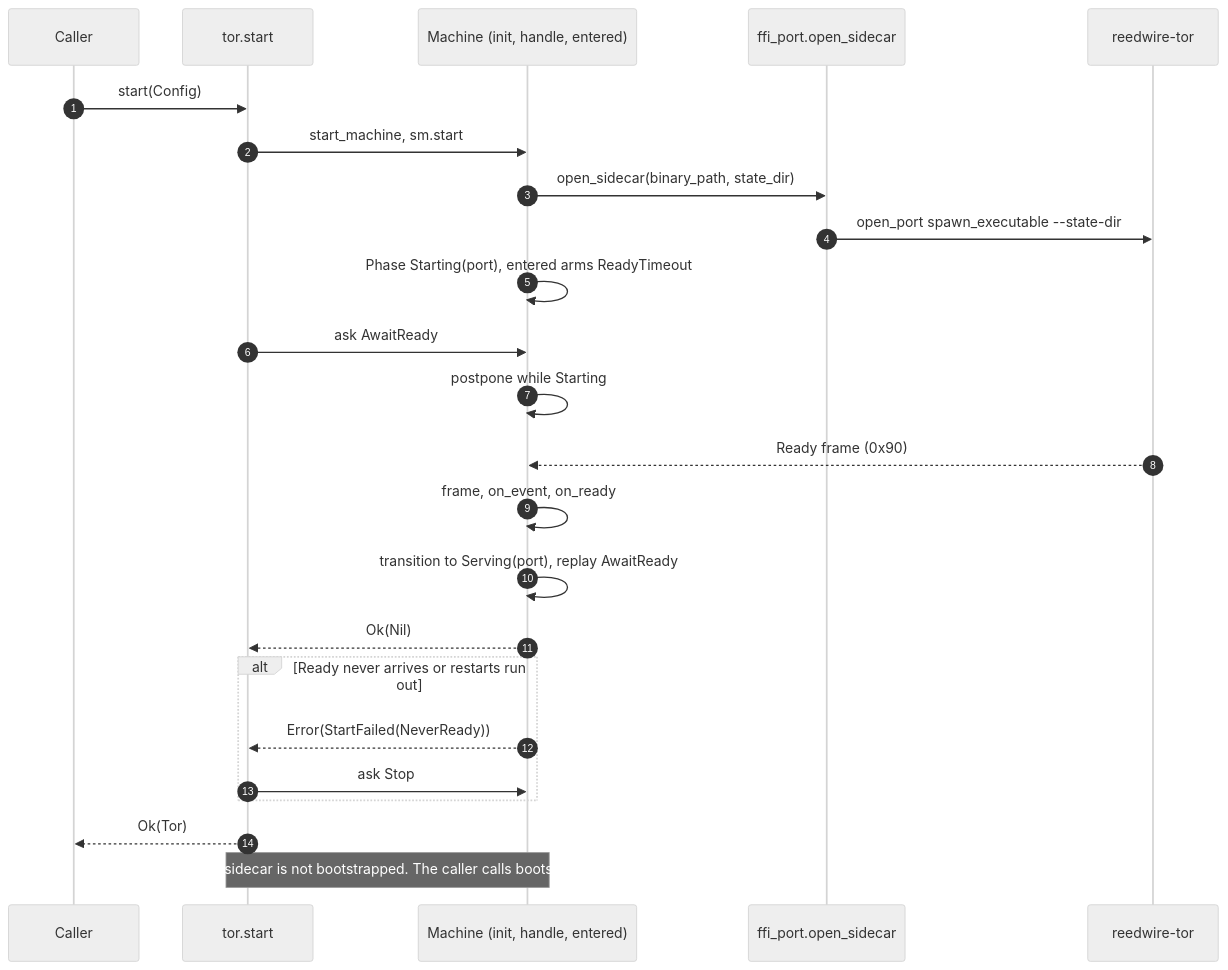
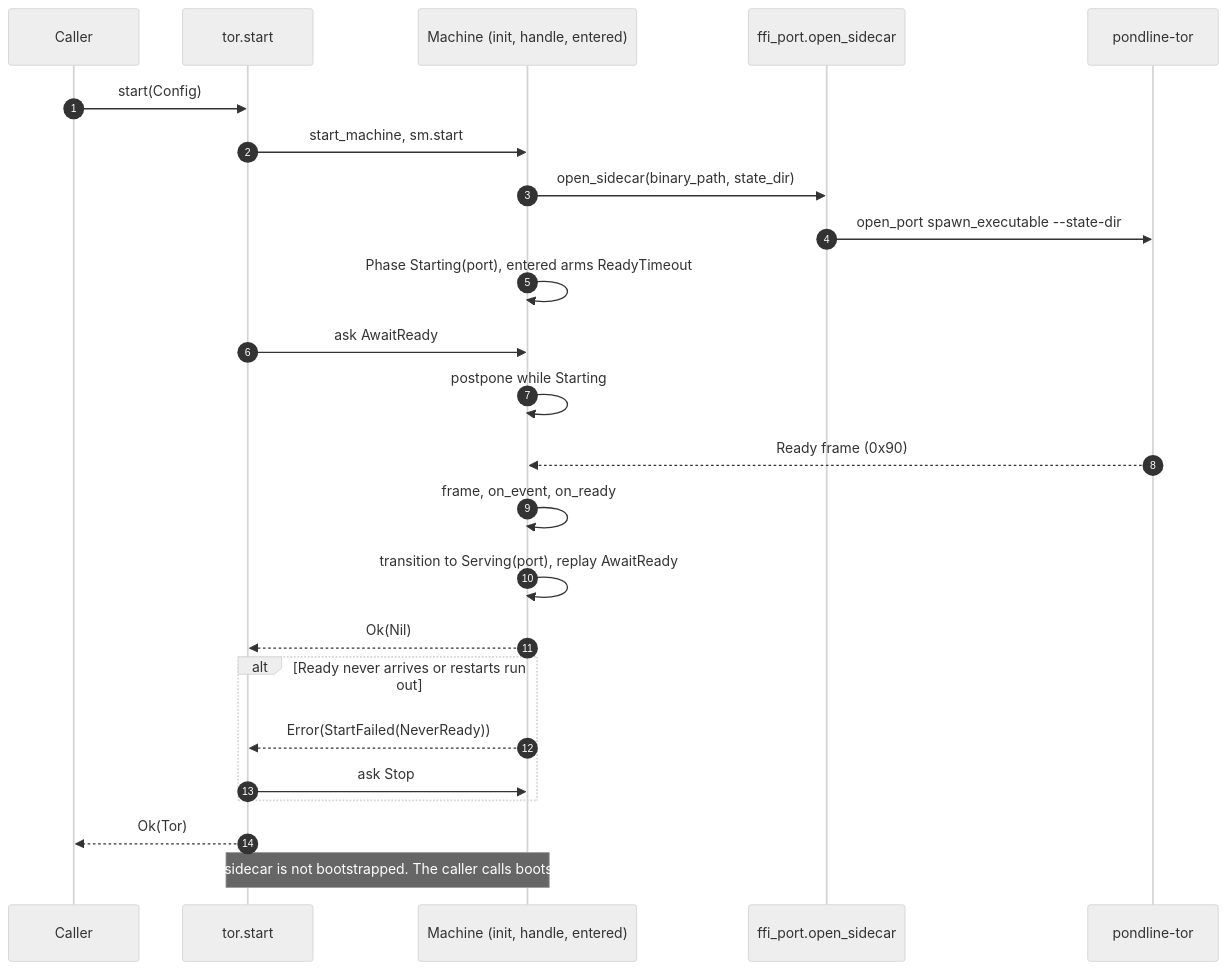
One commit to Roasbeef/pondline changed the second of 6 diagrams in packages/tor/README.md. Above: the diagram before and after it, drawn with Mermaid (neutral theme). The commit also changed other lines of this file and 44 other files, not shown here.

````diff
--- a/packages/tor/README.md
+++ b/packages/tor/README.md
@@ -74,27 +74,27 @@
 ```mermaid
 sequenceDiagram
     autonumber
     participant App as Caller
     participant S as tor.start
     participant M as Machine (init, handle, entered)
     participant P as ffi_port.open_sidecar
-    participant R as reedwire-tor
+    participant R as pondline-tor
 
     App->>S: start(Config)
     S->>M: start_machine, sm.start
     M->>P: open_sidecar(binary_path, state_dir)
     P->>R: open_port spawn_executable --state-dir
     M->>M: Phase Starting(port), entered arms ReadyTimeout
     S->>M: ask AwaitReady
     M->>M: postpone while Starting
     R-->>M: Ready frame (0x90)
     M->>M: frame, on_event, on_ready
     M->>M: transition to Serving(port), replay AwaitReady
     M-->>S: Ok(Nil)
     alt Ready never arrives or restarts run out
         M-->>S: Error(StartFailed(NeverReady))
         S->>M: ask Stop
     end
     S-->>App: Ok(Tor)
     Note over S,M: A started sidecar is not bootstrapped. The caller calls bootstrap next.
 ```
````
